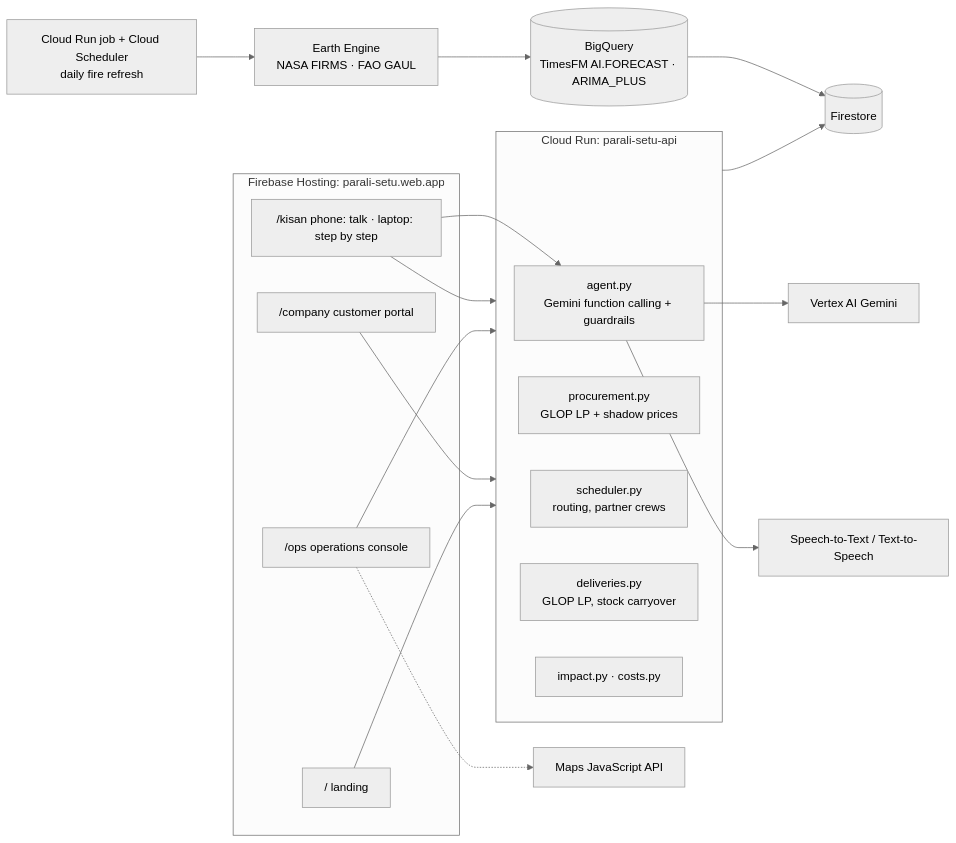
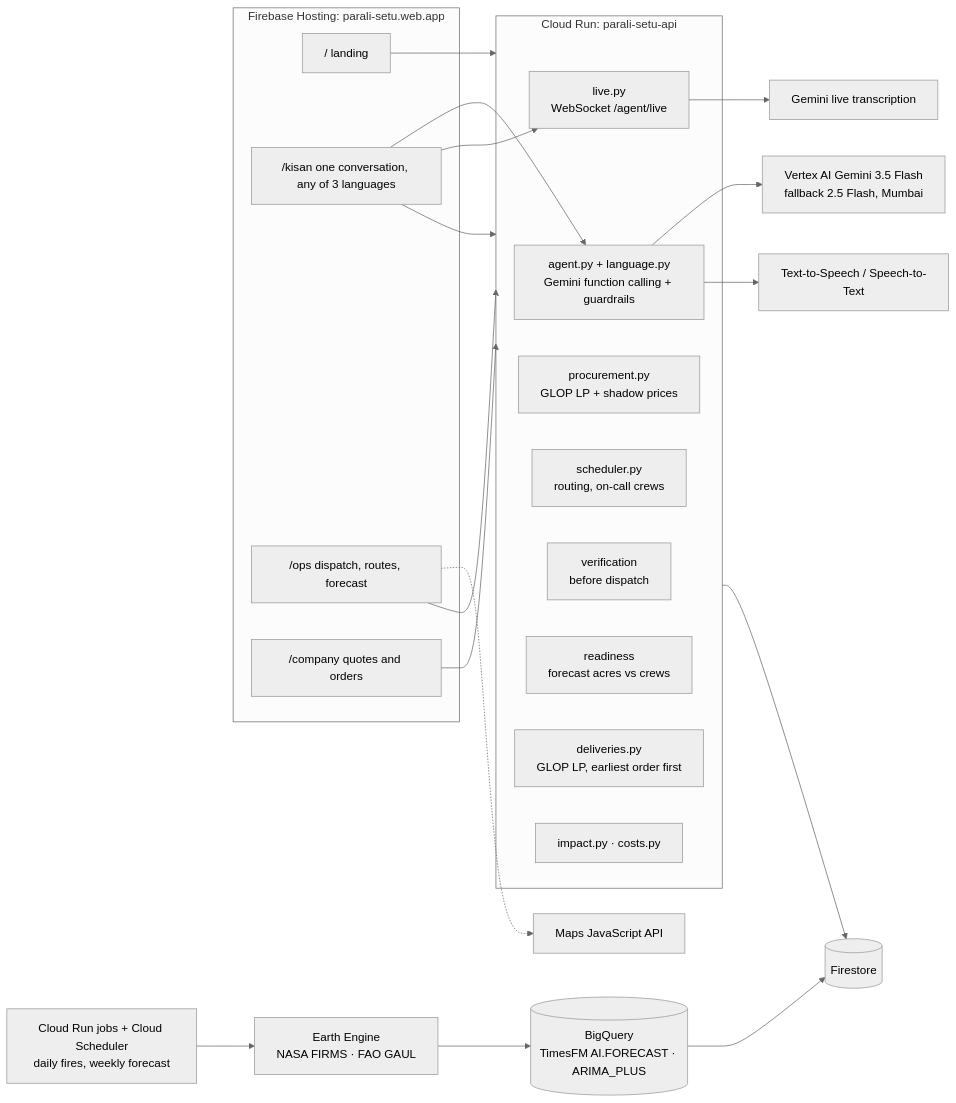
Before and after one commit to PeepSheep99/parali-setu: the first of 4 diagrams in docs/ARCHITECTURE.md, drawn with Mermaid (neutral theme). The commit also changed other lines of this file and 5 other files, not shown here.

First line of the commit message:
Docs: new architecture and booking-flow diagrams (Lucid), README for 2.1

````diff
--- a/docs/ARCHITECTURE.md
+++ b/docs/ARCHITECTURE.md
@@ -18,30 +23,35 @@
 ```mermaid
 flowchart LR
   subgraph Apps[Firebase Hosting: parali-setu.web.app]
     L["/ landing"]
-    K["/kisan phone: talk · laptop: step by step"]
-    O["/ops operations console"]
-    C["/company customer portal"]
+    K["/kisan one conversation, any of 3 languages"]
+    O["/ops dispatch, routes, forecast"]
+    C["/company quotes and orders"]
   end
   subgraph Run[Cloud Run: parali-setu-api]
-    A[agent.py<br/>Gemini function calling + guardrails]
+    A[agent.py + language.py<br/>Gemini function calling + guardrails]
+    LV[live.py<br/>WebSocket /agent/live]
     P[procurement.py<br/>GLOP LP + shadow prices]
-    S[scheduler.py<br/>routing, partner crews]
-    D[deliveries.py<br/>GLOP LP, stock carryover]
+    S[scheduler.py<br/>routing, on-call crews]
+    VF[verification<br/>before dispatch]
+    R[readiness<br/>forecast acres vs crews]
+    D[deliveries.py<br/>GLOP LP, earliest order first]
     I[impact.py · costs.py]
   end
-  G[Vertex AI Gemini]
-  V[Speech-to-Text / Text-to-Speech]
+  G[Vertex AI Gemini 3.5 Flash<br/>fallback 2.5 Flash, Mumbai]
+  GL[Gemini live transcription]
+  V[Text-to-Speech / Speech-to-Text]
   F[(Firestore)]
   BQ[(BigQuery<br/>TimesFM AI.FORECAST · ARIMA_PLUS)]
   EE[Earth Engine<br/>NASA FIRMS · FAO GAUL]
-  J[Cloud Run job + Cloud Scheduler<br/>daily fire refresh]
+  J[Cloud Run jobs + Cloud Scheduler<br/>daily fires, weekly forecast]
   M[Maps JavaScript API]
   K --> A
+  K --> LV --> GL
   K & O & C & L --> Run
   A --> G & V
   Run --> F
   EE --> BQ --> F
   J --> EE
   O -.-> M
 ```
````
